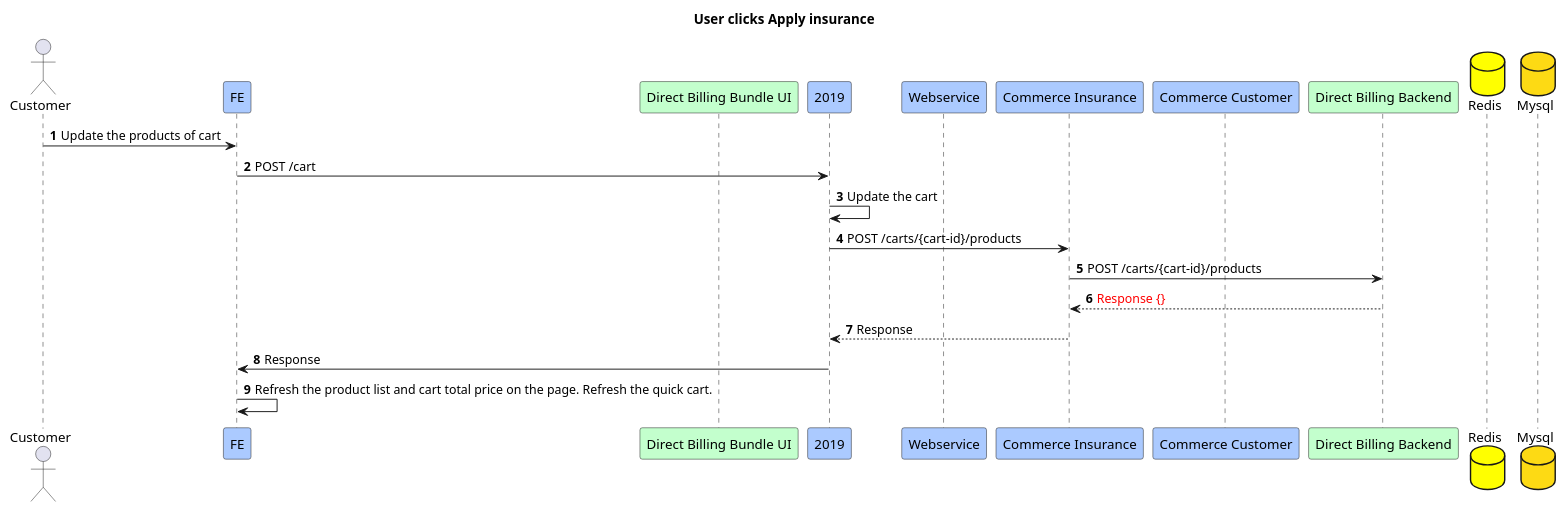
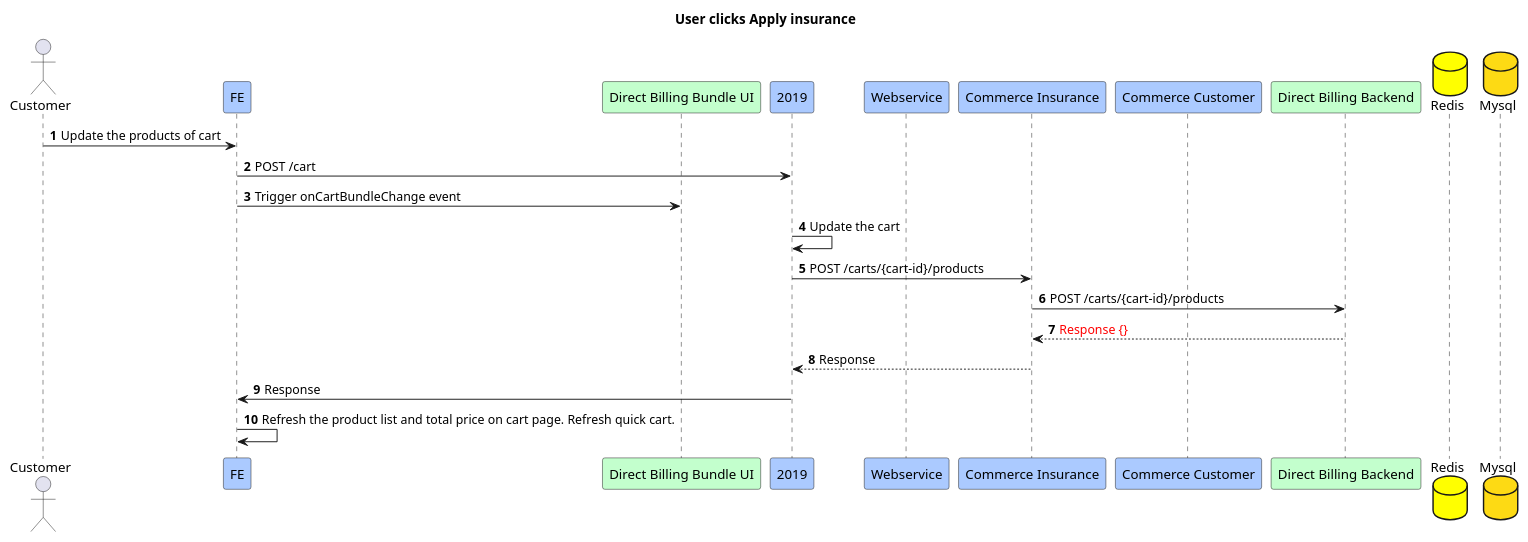
One commit to Jayounger/EyeMed-Sequence-Diagram changed the diagram in 10.Customer changes the cart again.puml. Above: the diagram before and after it, drawn with PlantUML. The commit also changed 14 other files, not shown here.

Commit message:
update diagram

```diff
--- a/10.Customer changes the cart again.puml
+++ b/10.Customer changes the cart again.puml
@@ -1,25 +1,26 @@
 @startuml
 title User clicks Apply insurance
 actor Customer
 participant FE #abcaff
 participant "Direct Billing Bundle UI" #c3ffcd
 participant "2019" #abcaff
 participant "Webservice" #abcaff
 participant "Commerce Insurance" #abcaff
 participant "Commerce Customer" #abcaff
 participant "Direct Billing Backend" #c3ffcd
 database "Redis" #yellow
 database "Mysql" #fdda14
 
 autonumber
 Customer -> FE:Update the products of cart
 FE -> 2019:POST /cart
+FE -> "Direct Billing Bundle UI":Trigger onCartBundleChange event
 2019 -> 2019:Update the cart
 2019 -> "Commerce Insurance":POST /carts/{cart-id}/products
 "Commerce Insurance" -> "Direct Billing Backend":POST /carts/{cart-id}/products
 "Direct Billing Backend" --> "Commerce Insurance":<font color=red>Response {}
 "Commerce Insurance" --> 2019:Response
 "2019" -> FE:Response
-FE -> FE:Refresh the product list and cart total price on the page. Refresh the quick cart.
+FE -> FE:Refresh the product list and total price on cart page. Refresh quick cart.
 
 @enduml
```
